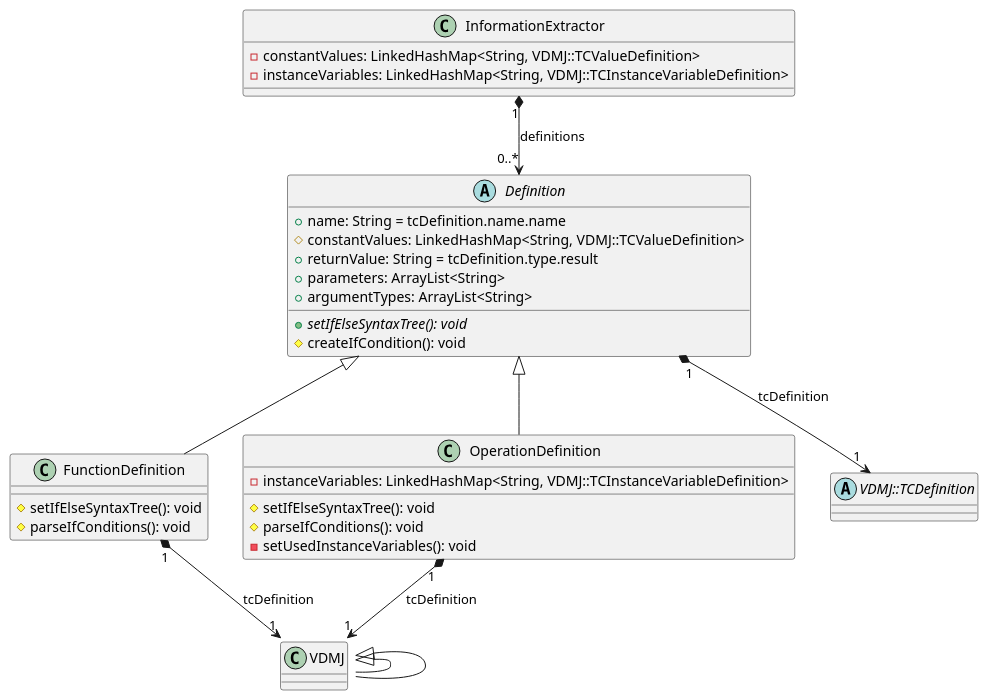
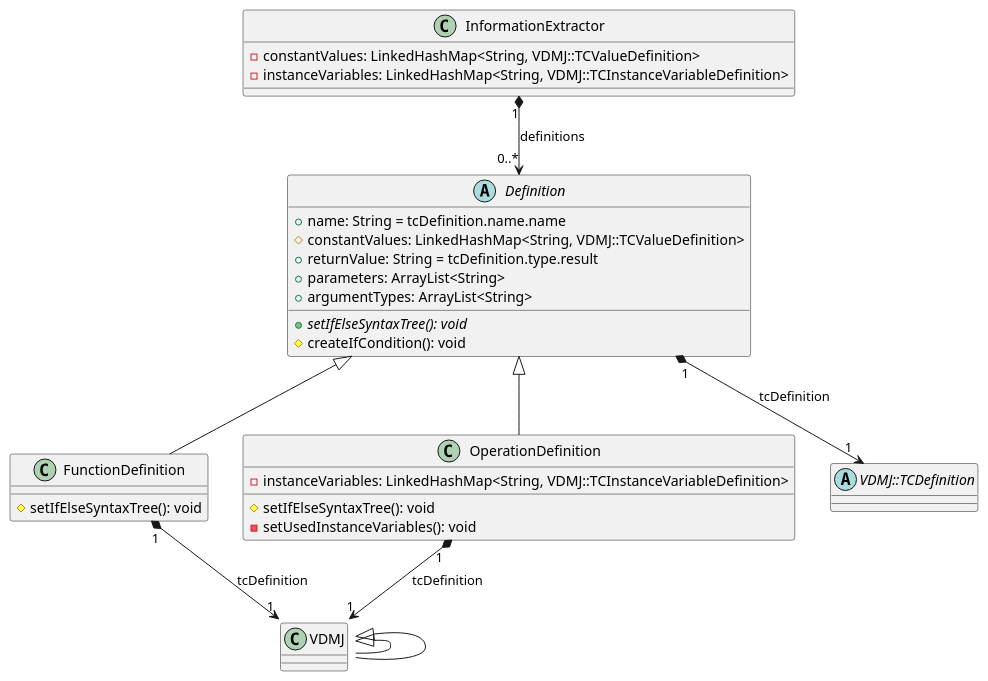
One commit to korosuke613/master-thesis changed the diagram in figs/Definition.wsd. Above: the diagram before and after it, drawn with PlantUML. The commit also changed 1 other file, not shown here.

```diff
--- a/figs/Definition.wsd
+++ b/figs/Definition.wsd
@@ -1,47 +1,45 @@
 @startuml Definition
 
 class InformationExtractor{
      - constantValues: LinkedHashMap<String, VDMJ::TCValueDefinition>
      - instanceVariables: LinkedHashMap<String, VDMJ::TCInstanceVariableDefinition>
 
 }
 
 abstract class Definition{
      + name: String = tcDefinition.name.name
      # constantValues: LinkedHashMap<String, VDMJ::TCValueDefinition>
      + returnValue: String = tcDefinition.type.result
      + parameters: ArrayList<String>
      + argumentTypes: ArrayList<String>
      + {abstract} setIfElseSyntaxTree(): void
      # createIfCondition(): void
 }
 
 class FunctionDefinition{
      # setIfElseSyntaxTree(): void
-     # parseIfConditions(): void
 }
 
 class OperationDefinition{
      - instanceVariables: LinkedHashMap<String, VDMJ::TCInstanceVariableDefinition>
      # setIfElseSyntaxTree(): void
-     # parseIfConditions(): void
      - setUsedInstanceVariables(): void
 }
 'note left: tcDefinition->oclIsTypeOf(TCExplicitOperationDefinition)
 
 ' left to right direction
 VDMJ::TCDefinition <|-- VDMJ::TCExplicitFunctionDefinition
 VDMJ::TCDefinition <|-- VDMJ::TCExplicitOperationDefinition
 
 abstract class VDMJ::TCDefinition
 
 Definition "1" *--> "1" VDMJ::TCDefinition: tcDefinition
 Definition <|-- FunctionDefinition
 Definition <|-- OperationDefinition
 
 FunctionDefinition "1" *--> "1" VDMJ::TCExplicitFunctionDefinition: tcDefinition
 OperationDefinition "1" *--> "1" VDMJ::TCExplicitOperationDefinition: tcDefinition
 
 InformationExtractor "1" *--> "0..*" Definition: definitions
 
 @enduml
```
